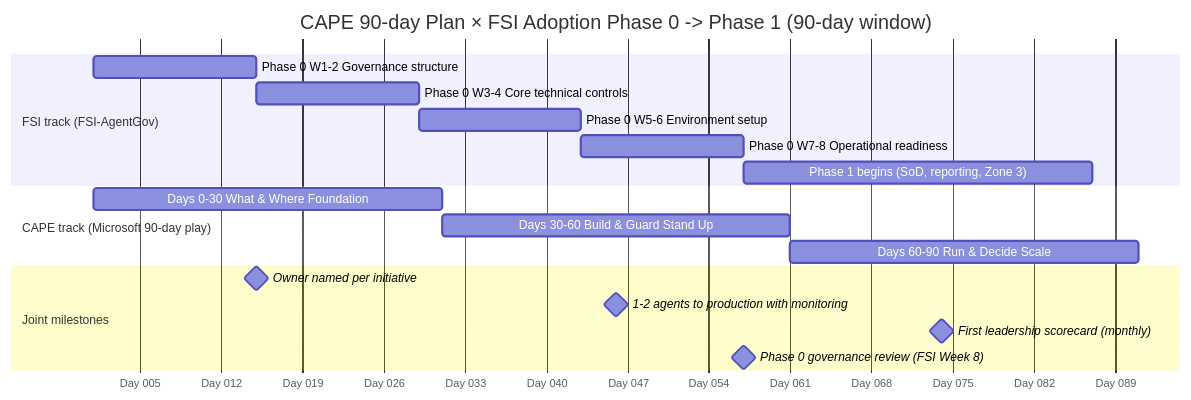
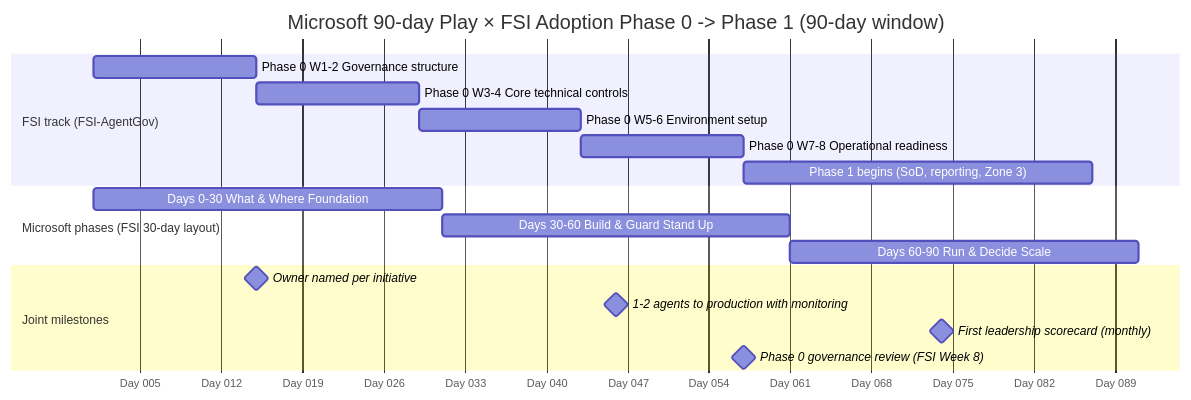
Before and after one commit to judeper/FSI-AgentGov: the diagram in docs/framework/adoption-roadmap.md, drawn with Mermaid. The commit also changed other lines of this file and 27 other files, not shown here.

````diff
--- a/docs/framework/adoption-roadmap.md
+++ b/docs/framework/adoption-roadmap.md
@@ -33,24 +35,24 @@
 ```mermaid
 gantt
-    title CAPE 90-day Plan × FSI Adoption Phase 0 -> Phase 1 (90-day window)
+    title Microsoft 90-day Play × FSI Adoption Phase 0 -> Phase 1 (90-day window)
     dateFormat  YYYY-MM-DD
     axisFormat  Day %j
 
     section FSI track (FSI-AgentGov)
     Phase 0 W1-2 Governance structure       :fsi1, 2025-01-01, 14d
     Phase 0 W3-4 Core technical controls    :fsi2, after fsi1, 14d
     Phase 0 W5-6 Environment setup          :fsi3, after fsi2, 14d
     Phase 0 W7-8 Operational readiness      :fsi4, after fsi3, 14d
     Phase 1 begins (SoD, reporting, Zone 3) :fsi5, after fsi4, 30d
 
-    section CAPE track (Microsoft 90-day play)
-    Days 0-30 What & Where Foundation       :cape1, 2025-01-01, 30d
-    Days 30-60 Build & Guard Stand Up       :cape2, after cape1, 30d
-    Days 60-90 Run & Decide Scale           :cape3, after cape2, 30d
+    section Microsoft phases (FSI 30-day layout)
+    Days 0-30 What & Where Foundation       :phase1, 2025-01-01, 30d
+    Days 30-60 Build & Guard Stand Up       :phase2, after phase1, 30d
+    Days 60-90 Run & Decide Scale           :phase3, after phase2, 30d
 
     section Joint milestones
     Owner named per initiative              :milestone, m1, 2025-01-15, 0d
     1-2 agents to production with monitoring :milestone, m2, 2025-02-15, 0d
     First leadership scorecard (monthly)    :milestone, m3, 2025-03-15, 0d
     Phase 0 governance review (FSI Week 8)  :milestone, m4, 2025-02-26, 0d
 ```
````
